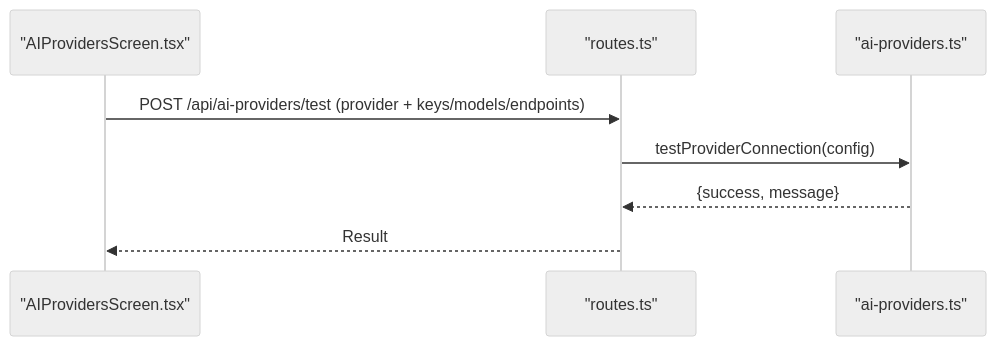
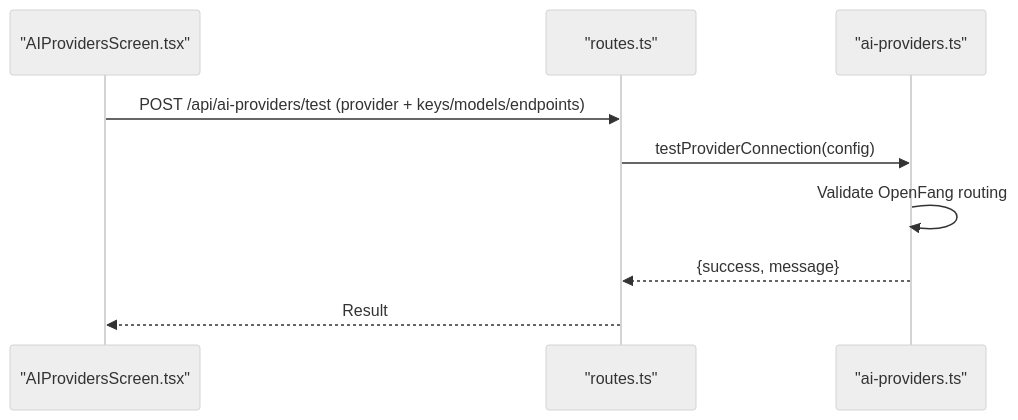
Before and after one commit to hunglevi87/Hidden-Gem: the eighth of 10 diagrams in .qoder/repowiki/en/content/AI Integration/AI Integration.md, drawn with Mermaid (neutral theme). The commit also changed other lines of this file and 14 other files, not shown here.

First line of the commit message:
feat(ai-integration): add OpenFang provider and eBay MCP marketplace automation

````diff
--- a/.qoder/repowiki/en/content/AI Integration/AI Integration.md
+++ b/.qoder/repowiki/en/content/AI Integration/AI Integration.md
@@ -252,10 +336,11 @@
 ```mermaid
 sequenceDiagram
 participant UI as "AIProvidersScreen.tsx"
 participant API as "routes.ts"
 participant Prov as "ai-providers.ts"
 UI->>API : POST /api/ai-providers/test (provider + keys/models/endpoints)
 API->>Prov : testProviderConnection(config)
+Prov->>Prov : Validate OpenFang routing
 Prov-->>API : {success, message}
 API-->>UI : Result
 ```
````
